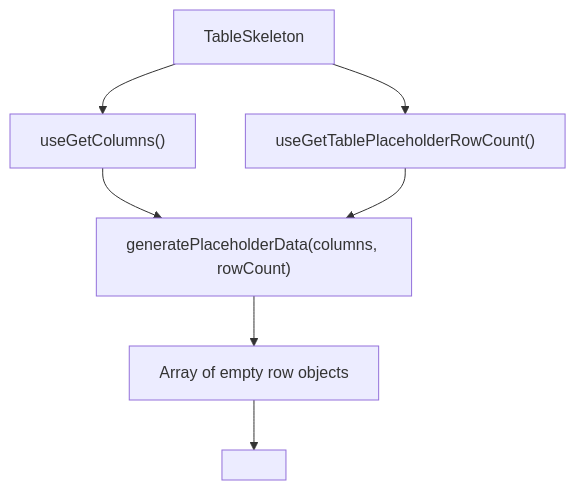
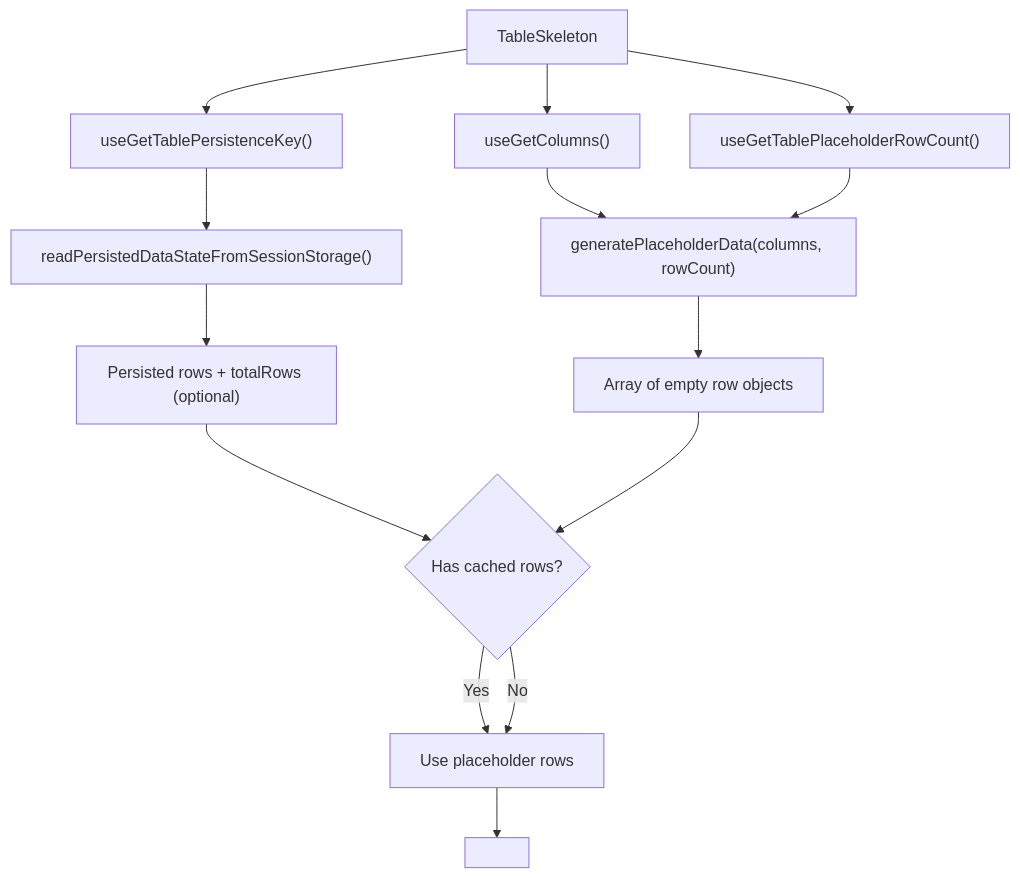
The diagram in apps/react-router/src/components/Table/TableSkeleton/ARCHITECTURE.md (luciocabrera/lcabrera-stack), drawn with Mermaid before and after one commit. The commit also changed other lines of this file and 25 other files, not shown here.

First line of the commit message:
feat(Table): Implement dual-channel persistence for table state

````diff
--- a/apps/react-router/src/components/Table/TableSkeleton/ARCHITECTURE.md
+++ b/apps/react-router/src/components/Table/TableSkeleton/ARCHITECTURE.md
@@ -17,9 +18,16 @@
 ```mermaid
 graph TD
   SK["TableSkeleton"] --> cols["useGetColumns()"]
+  SK --> key["useGetTablePersistenceKey()"]
   SK --> count["useGetTablePlaceholderRowCount()"]
+  key --> read["readPersistedDataStateFromSessionStorage()"]
   cols --> gen["generatePlaceholderData(columns, rowCount)"]
   count --> gen
   gen --> data["Array of empty row objects"]
-  data --> T["<Table isLoading response={data} />"]
+  read --> cached["Persisted rows + totalRows (optional)"]
+  cached --> choose{"Has cached rows?"}
+  data --> choose
+  choose -->|Yes| effective["Use cached rows"]
+  choose -->|No| effective["Use placeholder rows"]
+  effective --> T["<Table isLoading response={{ data, totalRows }} />"]
 ```
````
